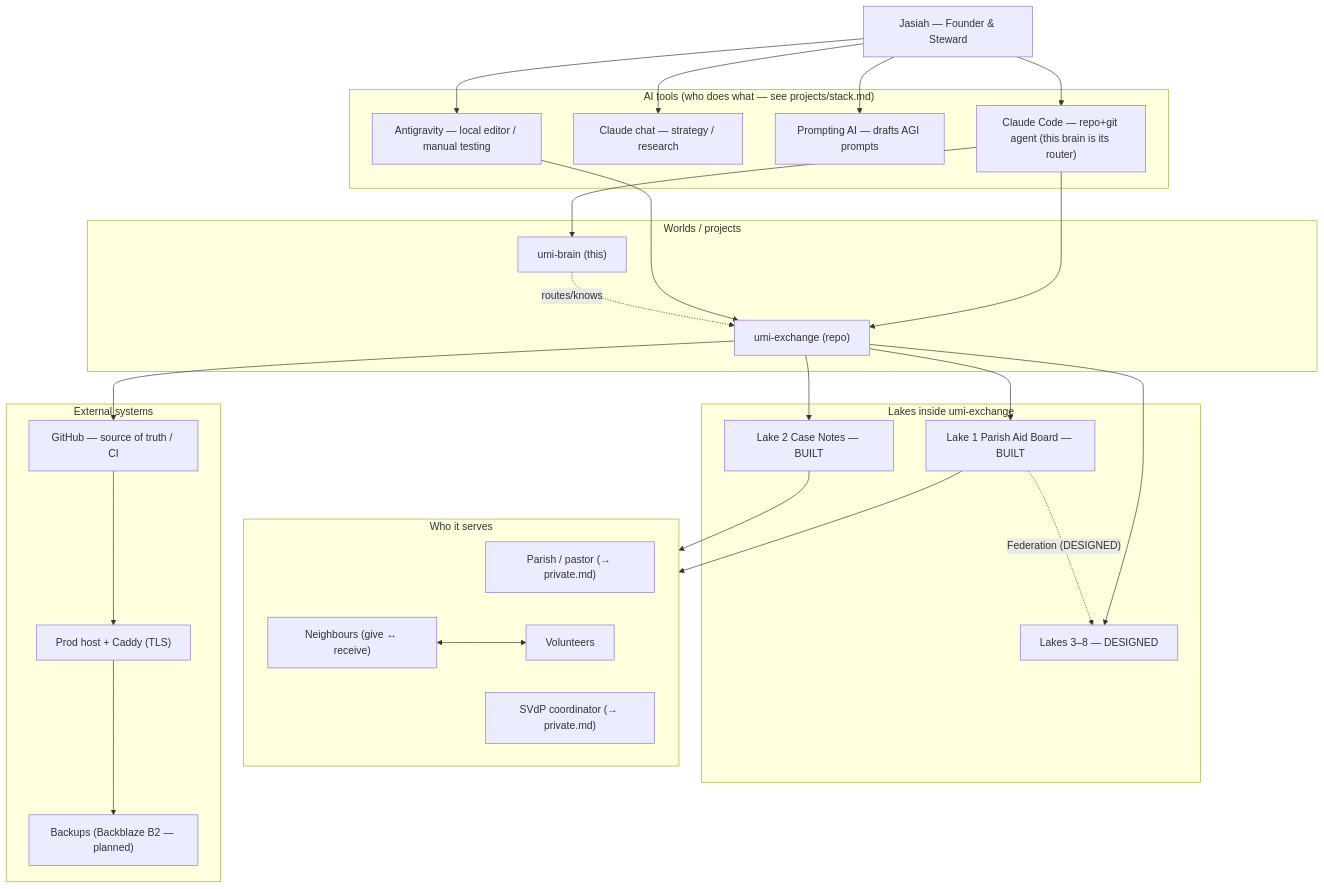
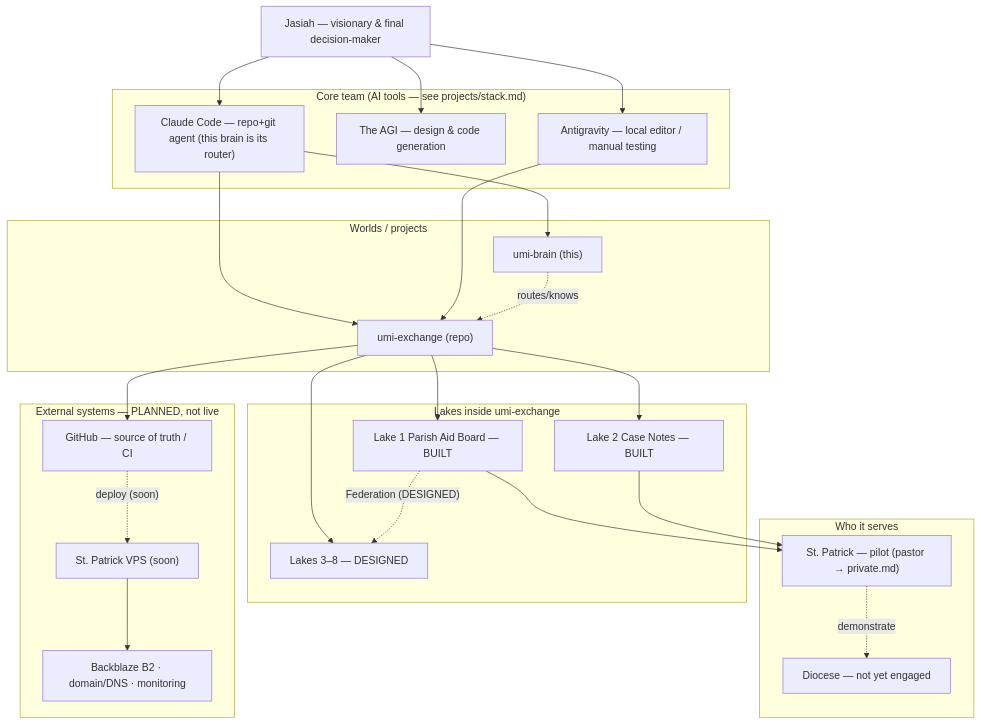
One commit to p949w6cqh2-boop/umi-exchange changed the diagram in connections/connections.md. Above: the diagram before and after it, drawn with Mermaid. The commit also changed other lines of this file and 6 other files, not shown here.

````diff
--- a/connections/connections.md
+++ b/connections/connections.md
@@ -14,46 +23,42 @@
 ```mermaid
 graph TD
-  J["Jasiah — Founder & Steward"]
+  J["Jasiah — visionary & final decision-maker"]
 
-  subgraph Agents["AI tools (who does what — see projects/stack.md)"]
+  subgraph Team["Core team (AI tools — see projects/stack.md)"]
     CC["Claude Code — repo+git agent (this brain is its router)"]
-    CH["Claude chat — strategy / research"]
-    PA["Prompting AI — drafts AGI prompts"]
+    AGI["The AGI — design & code generation"]
     AG["Antigravity — local editor / manual testing"]
   end
 
   subgraph Worlds["Worlds / projects"]
     UX["umi-exchange (repo)"]
     UB["umi-brain (this)"]
   end
 
   subgraph Lakes["Lakes inside umi-exchange"]
     L1["Lake 1 Parish Aid Board — BUILT"]
     L2["Lake 2 Case Notes — BUILT"]
     L38["Lakes 3–8 — DESIGNED"]
   end
 
   subgraph Community["Who it serves"]
-    PR["Parish / pastor (→ private.md)"]
-    SV["SVdP coordinator (→ private.md)"]
-    VOL["Volunteers"]
-    NB["Neighbours (give ↔ receive)"]
+    SP["St. Patrick — pilot (pastor → private.md)"]
+    DIO["Diocese — not yet engaged"]
   end
 
-  subgraph Ext["External systems"]
+  subgraph Ext["External systems — PLANNED, not live"]
     GH["GitHub — source of truth / CI"]
-    DEP["Prod host + Caddy (TLS)"]
-    BK["Backups (Backblaze B2 — planned)"]
+    VPS["St. Patrick VPS (soon)"]
+    BK["Backblaze B2 · domain/DNS · monitoring"]
   end
 
-  J --> CC & CH & PA & AG
+  J --> CC & AGI & AG
   CC --> UX & UB
   AG --> UX
   UB -. routes/knows .-> UX
   UX --> L1 & L2 & L38
-  L1 & L2 --> Community
+  L1 & L2 --> SP
+  SP -. demonstrate .-> DIO
   L1 -. "Federation (DESIGNED)" .-> L38
-  UX --> GH --> DEP
-  DEP --> BK
-  NB <--> VOL
+  UX --> GH -. deploy (soon) .-> VPS --> BK
 ```
````
